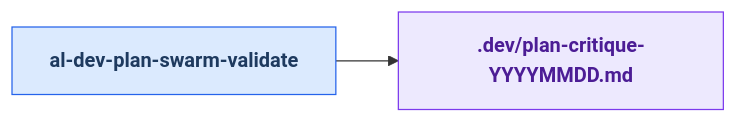
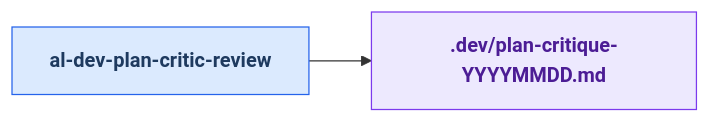
Before and after one commit to russell-laing/al-dev-shared: diagram 22 of 23 in docs/al-dev-skills-map.md, drawn with Mermaid. The commit also changed other lines of this file and 2 other files, not shown here.

Commit message:
refactor(skills)!: rename al-dev-plan-swarm-validate to al-dev-plan-critic-review

````diff
--- a/docs/al-dev-skills-map.md
+++ b/docs/al-dev-skills-map.md
@@ -1020,16 +1020,16 @@
 ```mermaid
 flowchart LR
     classDef skillNode fill:#dbeafe,stroke:#2563eb,color:#1e3a5f,font-weight:bold
     classDef agentNode fill:#d1fae5,stroke:#059669,color:#064e3b,font-weight:bold
     classDef knowledgeNode fill:#fef3c7,stroke:#d97706,color:#78350f,font-weight:bold
     classDef artifactNode fill:#ede9fe,stroke:#7c3aed,color:#4c1d95,font-weight:bold
     classDef phaseNode fill:#e0e7ff,stroke:#6366f1,color:#312e81,font-weight:bold
 
-    skill_al_dev_plan_swarm_validate[al-dev-plan-swarm-validate]
+    skill_al_dev_plan_critic_review[al-dev-plan-critic-review]
     artifact_plan_critique_YYYYMMDD_md[.dev/plan-critique-YYYYMMDD.md]
 
-    skill_al_dev_plan_swarm_validate --> artifact_plan_critique_YYYYMMDD_md
+    skill_al_dev_plan_critic_review --> artifact_plan_critique_YYYYMMDD_md
 
-    class skill_al_dev_plan_swarm_validate skillNode
+    class skill_al_dev_plan_critic_review skillNode
     class artifact_plan_critique_YYYYMMDD_md artifactNode
 ```
````
